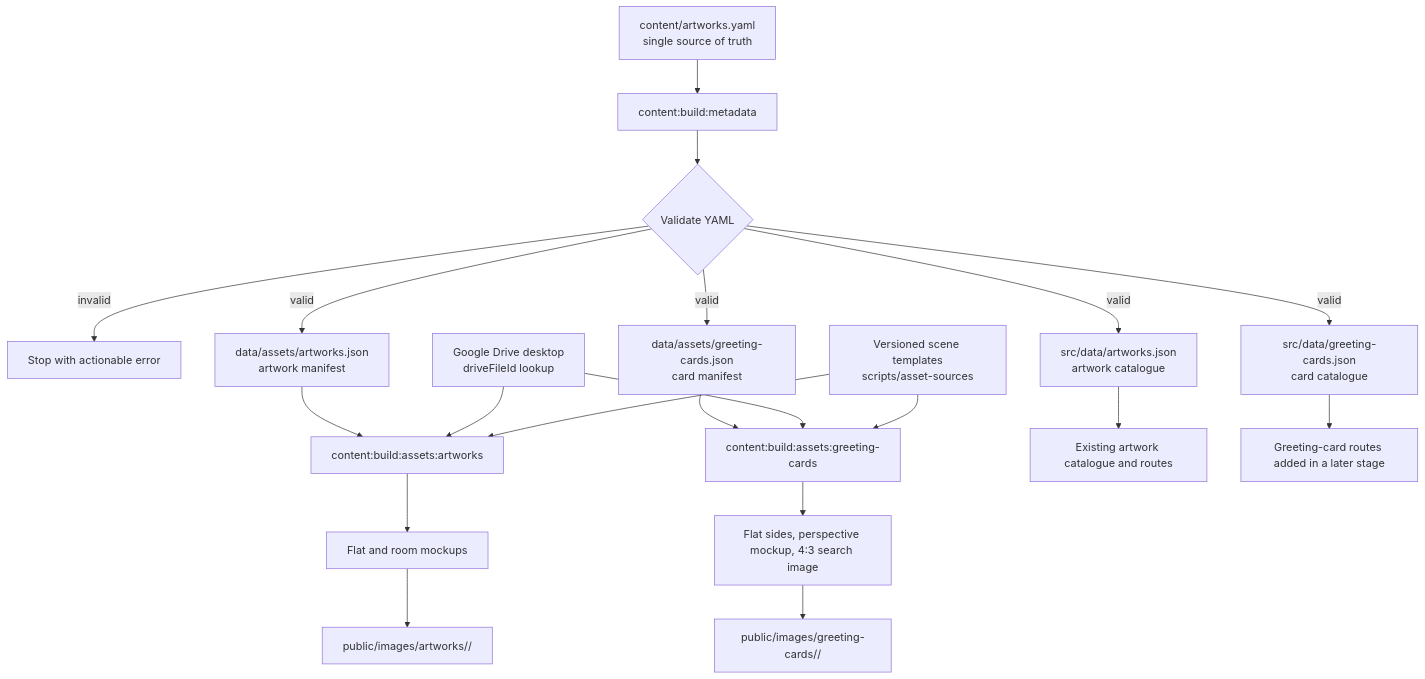
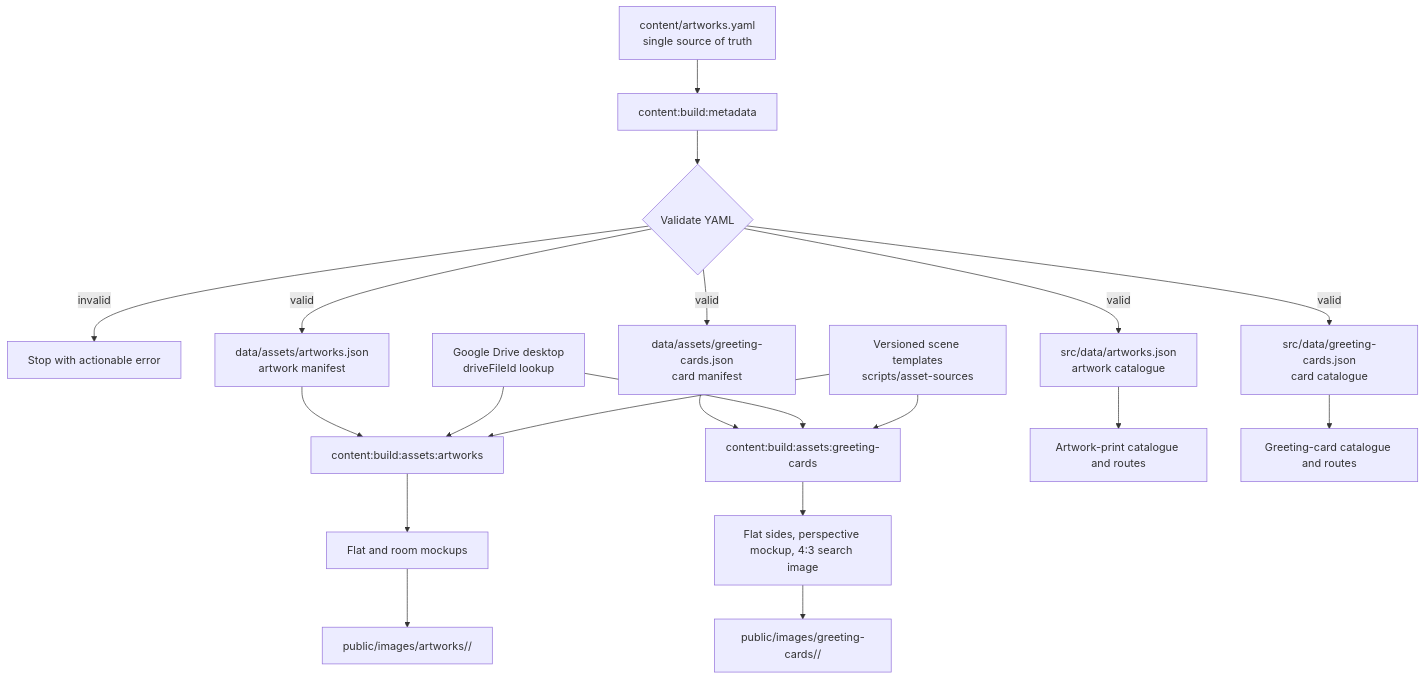
One commit to h-4vok/paper-seal-ecommerce-site changed the diagram in content/WORKFLOW.md. Above: the diagram before and after it, drawn with Mermaid. The commit also changed other lines of this file and 22 other files, not shown here.

Commit message:
feat(cards): add greeting card storefront

````diff
--- a/content/WORKFLOW.md
+++ b/content/WORKFLOW.md
@@ -17,24 +17,24 @@
 ```mermaid
 flowchart TD
     A[content/artworks.yaml<br/>single source of truth] --> B[content:build:metadata]
     B --> C{Validate YAML}
     C -->|invalid| D[Stop with actionable error]
     C -->|valid| E[src/data/artworks.json<br/>artwork catalogue]
     C -->|valid| F[src/data/greeting-cards.json<br/>card catalogue]
     C -->|valid| G[data/assets/artworks.json<br/>artwork manifest]
     C -->|valid| H[data/assets/greeting-cards.json<br/>card manifest]
 
     G --> I[content:build:assets:artworks]
     H --> J[content:build:assets:greeting-cards]
     K[Google Drive desktop<br/>driveFileId lookup] --> I
     K --> J
     L[Versioned scene templates<br/>scripts/asset-sources] --> I
     L --> J
     I --> M[Flat and room mockups]
     J --> N[Flat sides, perspective mockup, 4:3 search image]
     M --> O[public/images/artworks/<assetBase>/]
     N --> P[public/images/greeting-cards/<assetBase>/]
 
-    E --> Q[Existing artwork catalogue and routes]
-    F --> R[Greeting-card routes added in a later stage]
+    E --> Q[Artwork-print catalogue and routes]
+    F --> R[Greeting-card catalogue and routes]
 ```
````
